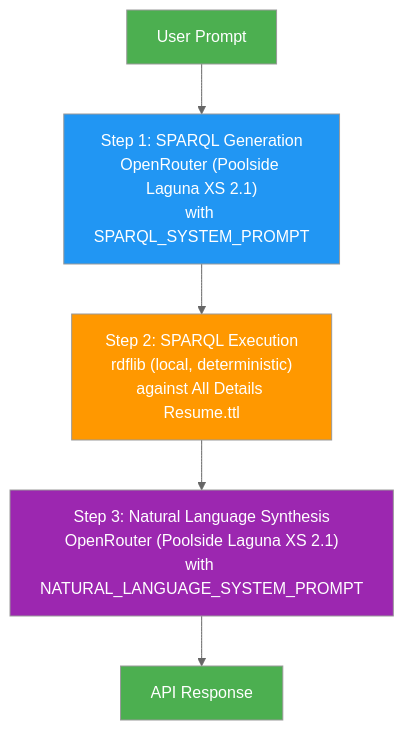
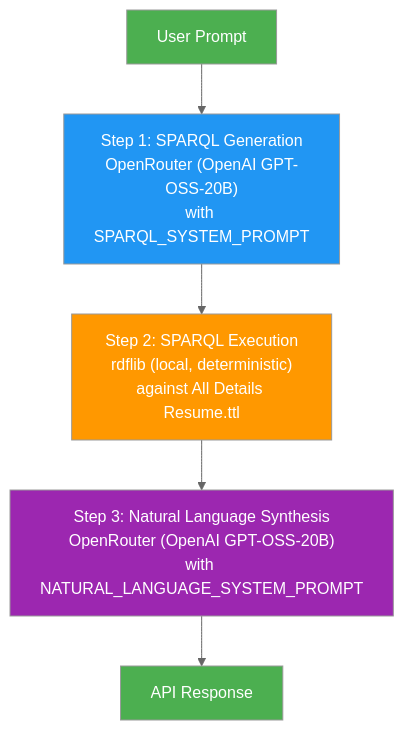
One commit to dooa-ansari/personal-knowledge-graph-LLM changed the first of 2 diagrams in README.md. Above: the diagram before and after it, drawn with Mermaid (neutral theme). The commit also changed other lines of this file and 8 other files, not shown here.

````diff
--- a/README.md
+++ b/README.md
@@ -164,13 +202,13 @@
 ```mermaid
 flowchart TD
-    A[User Prompt] --> B["Step 1: SPARQL Generation<br/>OpenRouter (Poolside Laguna XS 2.1)<br/>with SPARQL_SYSTEM_PROMPT"]
+    A[User Prompt] --> B["Step 1: SPARQL Generation<br/>OpenRouter (OpenAI GPT-OSS-20B)<br/>with SPARQL_SYSTEM_PROMPT"]
     B --> C["Step 2: SPARQL Execution<br/>rdflib (local, deterministic)<br/>against All Details Resume.ttl"]
-    C --> D["Step 3: Natural Language Synthesis<br/>OpenRouter (Poolside Laguna XS 2.1)<br/>with NATURAL_LANGUAGE_SYSTEM_PROMPT"]
+    C --> D["Step 3: Natural Language Synthesis<br/>OpenRouter (OpenAI GPT-OSS-20B)<br/>with NATURAL_LANGUAGE_SYSTEM_PROMPT"]
     D --> E[API Response]
 
     style A fill:#4CAF50,color:#fff
     style B fill:#2196F3,color:#fff
     style C fill:#FF9800,color:#fff
     style D fill:#9C27B0,color:#fff
     style E fill:#4CAF50,color:#fff
 ```
````
